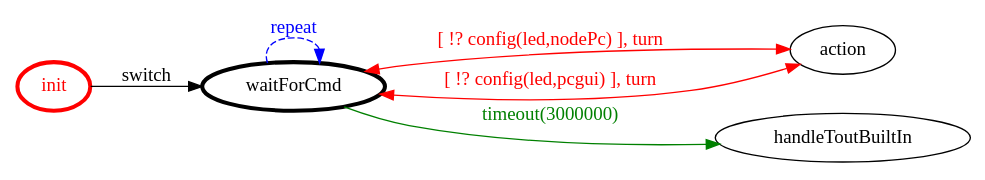
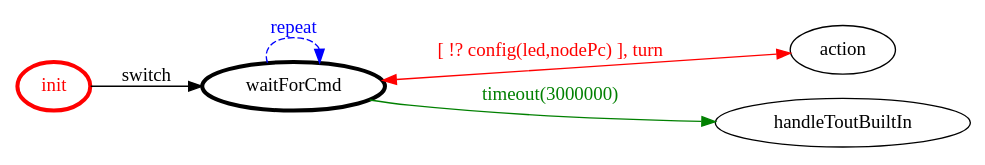
Before and after one commit to anatali/lss0: the diagram in it.unibo.qa.nodeserver/bin/it/unibo/qaledhlnode/qaledhlnode.gv, drawn with Graphviz. The commit also changed 125 other files, not shown here.

```diff
--- a/it.unibo.qa.nodeserver/bin/it/unibo/qaledhlnode/qaledhlnode.gv
+++ b/it.unibo.qa.nodeserver/bin/it/unibo/qaledhlnode/qaledhlnode.gv
@@ -1,20 +1,19 @@
 /*
 *
 * A GraphViz DOT FSM description 
 * Please use a GraphViz visualizer (like http://www.webgraphviz.com)
 *  
 */
 
 digraph finite_state_machine {
 	rankdir=LR
 	size="8,5"
 	
 	init [ color = red ][ fontcolor = red ][ penwidth = 3 ]
 	waitForCmd [ color = black ][ fontcolor = black ][ penwidth = 3 ]
 	
 	waitForCmd -> action [ label = "[ !? config(led,nodePc) ], turn" ][ color = red ][ fontcolor = red ][ dir = both ]
 	waitForCmd -> handleToutBuiltIn [ label = "timeout(3000000)" ][ color = green ][ fontcolor = green ]
 	init -> waitForCmd [ label = "switch" ][ color = black ][ fontcolor = black ]
-	waitForCmd -> action [ label = "[ !? config(led,pcgui) ], turn" ][ color = red ][ fontcolor = red ][ dir = both ]
 	waitForCmd -> waitForCmd [ label = "repeat "][ style = dashed ][ color = blue ][ fontcolor = blue ]
 }
```
